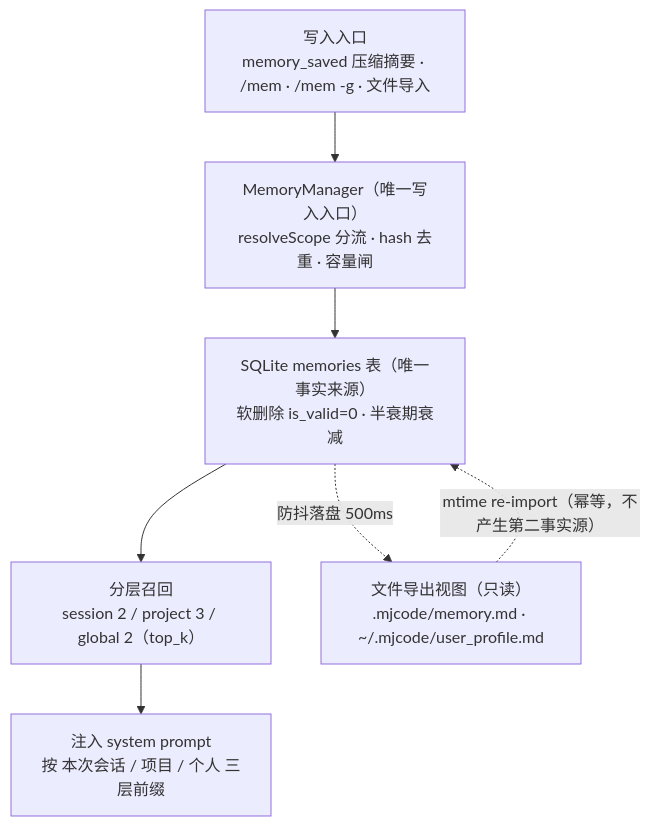
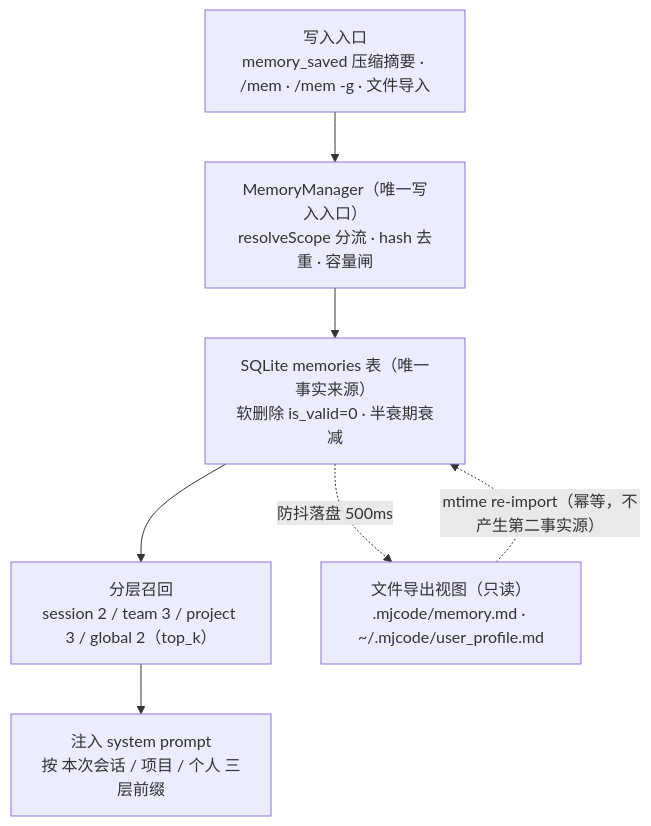
Before and after one commit to jasonma1210/MJCoder: the fifth of 7 diagrams in MJcoder-技术流程功能文档.md, drawn with Mermaid. The commit also changed other lines of this file and 121 other files, not shown here.

````diff
--- a/MJcoder-技术流程功能文档.md
+++ b/MJcoder-技术流程功能文档.md
@@ -466,16 +705,16 @@
 ```mermaid
 flowchart TB
     A["写入入口<br/>memory_saved 压缩摘要 · /mem · /mem -g · 文件导入"]
     B["MemoryManager（唯一写入入口）<br/>resolveScope 分流 · hash 去重 · 容量闸"]
     C["SQLite memories 表（唯一事实来源）<br/>软删除 is_valid=0 · 半衰期衰减"]
-    D["分层召回<br/>session 2 / project 3 / global 2（top_k）"]
+    D["分层召回<br/>session 2 / team 3 / project 3 / global 2（top_k）"]
     E["注入 system prompt<br/>按 本次会话 / 项目 / 个人 三层前缀"]
     F["文件导出视图（只读）<br/>.mjcode/memory.md · ~/.mjcode/user_profile.md"]
 
     A --> B
     B --> C
     C --> D
     D --> E
     C -. "防抖落盘 500ms" .-> F
     F -. "mtime re-import（幂等，不产生第二事实源）" .-> C
 ```
````
